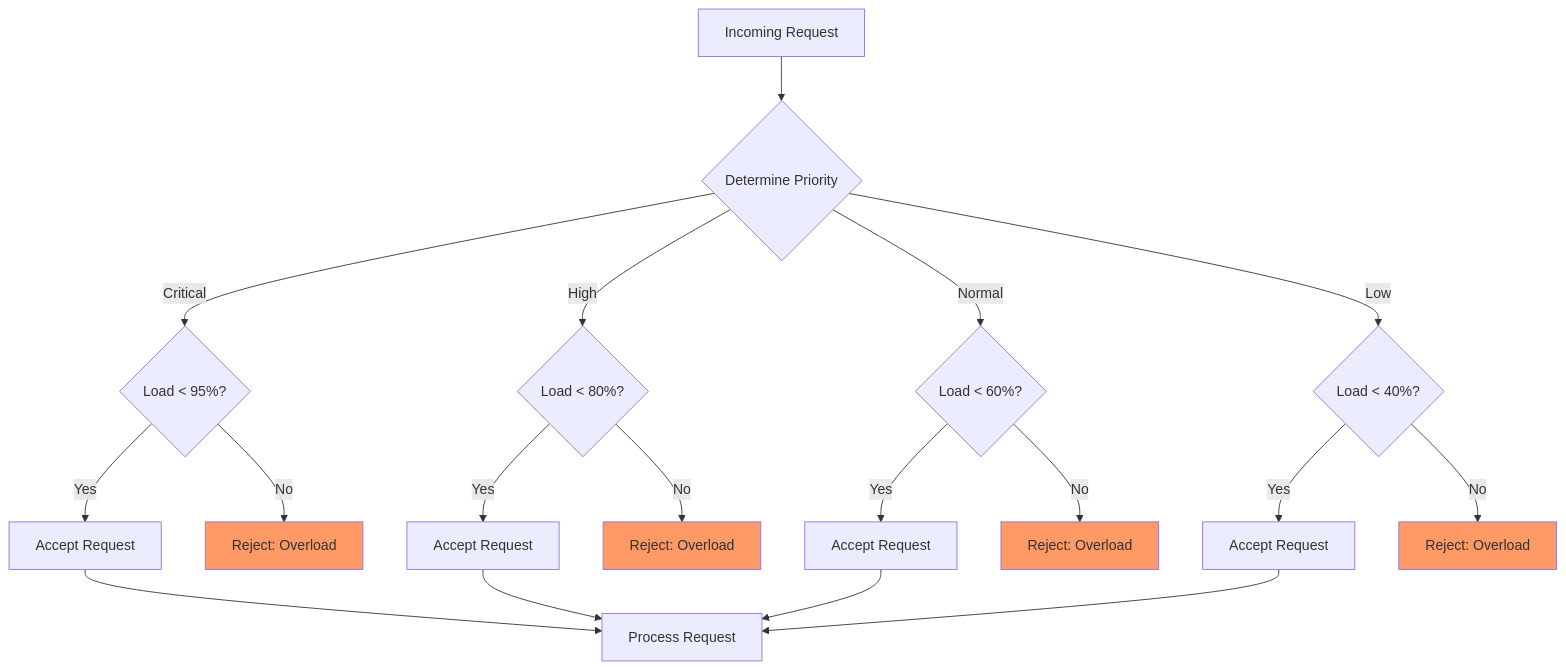
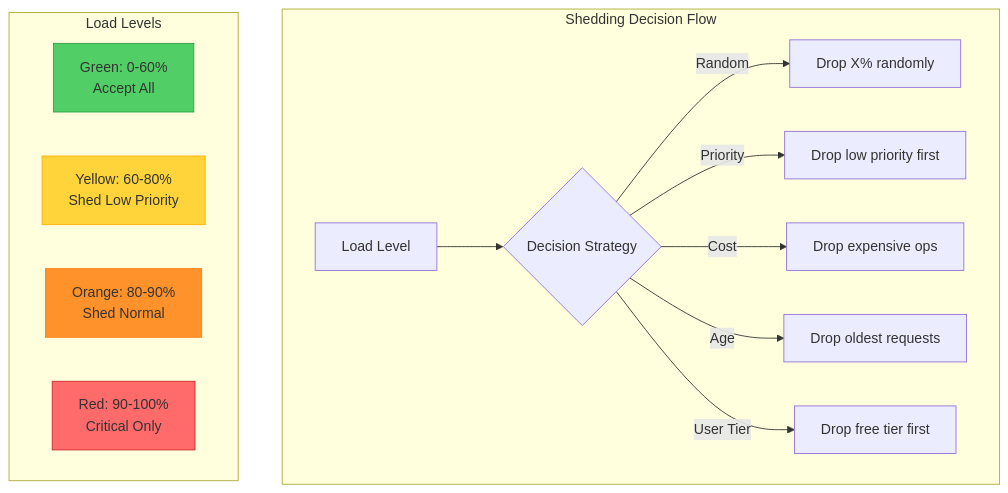
One commit to deepaucksharma/DStudio changed the second of 5 diagrams in docs/pattern-library/resilience/load-shedding.md. Above: the diagram before and after it, drawn with Mermaid. The commit also changed other lines of this file and 119 other files, not shown here.

````diff
--- a/docs/pattern-library/resilience/load-shedding.md
+++ b/docs/pattern-library/resilience/load-shedding.md
@@ -53,31 +108,24 @@
 ```mermaid
-flowchart TD
-    R[Incoming Request] --> P{Determine Priority}
+graph TD
+    subgraph "Shedding Decision Flow"
+        L[Load Level] --> D{Decision Strategy}
+        
+        D -->|Random| R[Drop X% randomly]
+        D -->|Priority| P[Drop low priority first]
+        D -->|Cost| C[Drop expensive ops]
+        D -->|Age| A[Drop oldest requests]
+        D -->|User Tier| U[Drop free tier first]
+    end
     
-    P -->|Critical| C{Load < 95%?}
-    P -->|High| H{Load < 80%?}
-    P -->|Normal| N{Load < 60%?}
-    P -->|Low| L{Load < 40%?}
+    subgraph "Load Levels"
+        G[Green: 0-60%<br/>Accept All]
+        Y[Yellow: 60-80%<br/>Shed Low Priority]
+        O[Orange: 80-90%<br/>Shed Normal]
+        R2[Red: 90-100%<br/>Critical Only]
+    end
     
-    C -->|Yes| Accept1[Accept Request]
-    C -->|No| Reject1[Reject: Overload]
-    
-    H -->|Yes| Accept2[Accept Request]
-    H -->|No| Reject2[Reject: Overload]
-    
-    N -->|Yes| Accept3[Accept Request]
-    N -->|No| Reject3[Reject: Overload]
-    
-    L -->|Yes| Accept4[Accept Request]
-    L -->|No| Reject4[Reject: Overload]
-    
-    Accept1 --> Process[Process Request]
-    Accept2 --> Process
-    Accept3 --> Process
-    Accept4 --> Process
-    
-    style Reject1 fill:#f96
-    style Reject2 fill:#f96
-    style Reject3 fill:#f96
-    style Reject4 fill:#f96
+    style G fill:#51cf66,stroke:#2f9e44
+    style Y fill:#ffd43b,stroke:#fab005
+    style O fill:#ff922b,stroke:#fd7e14
+    style R2 fill:#ff6b6b,stroke:#c92a2a
 ```
````
